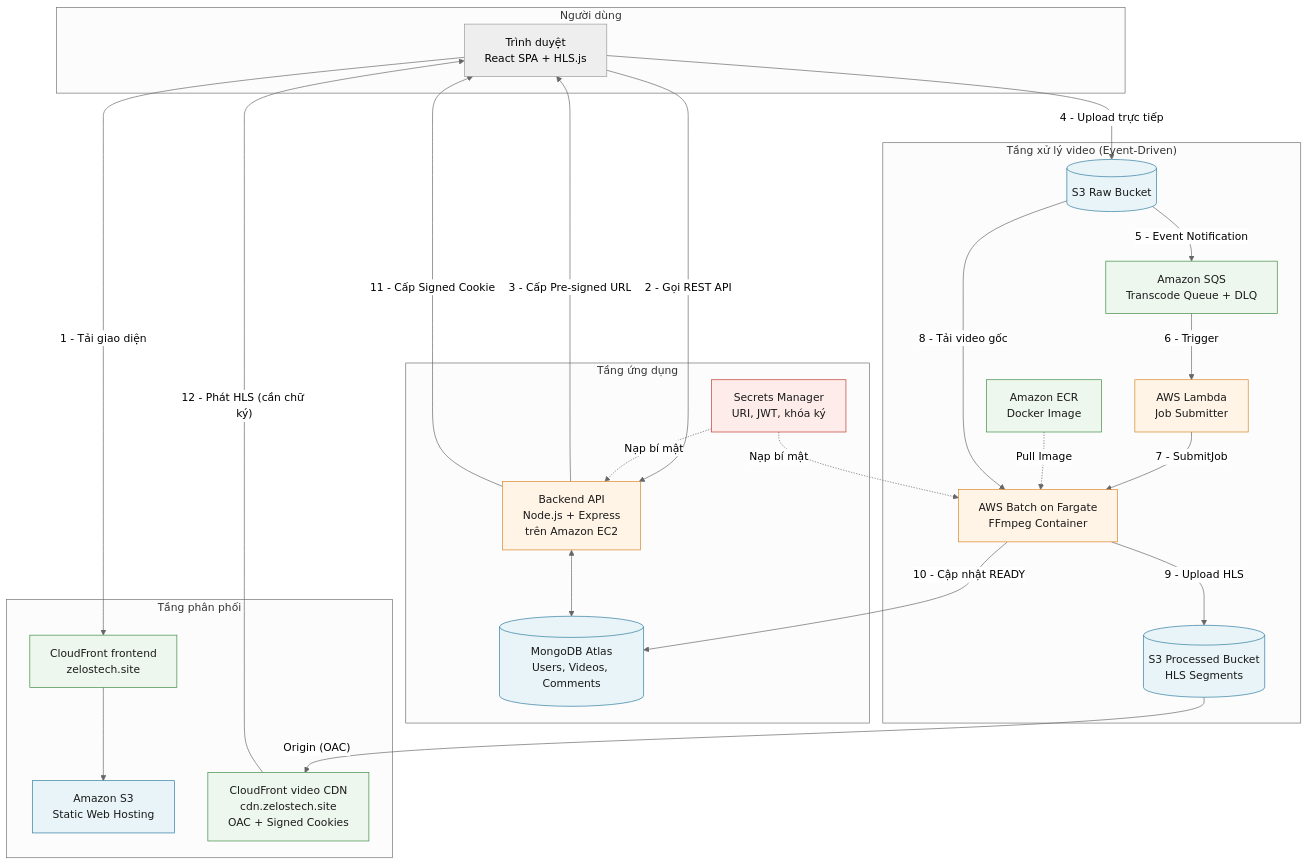
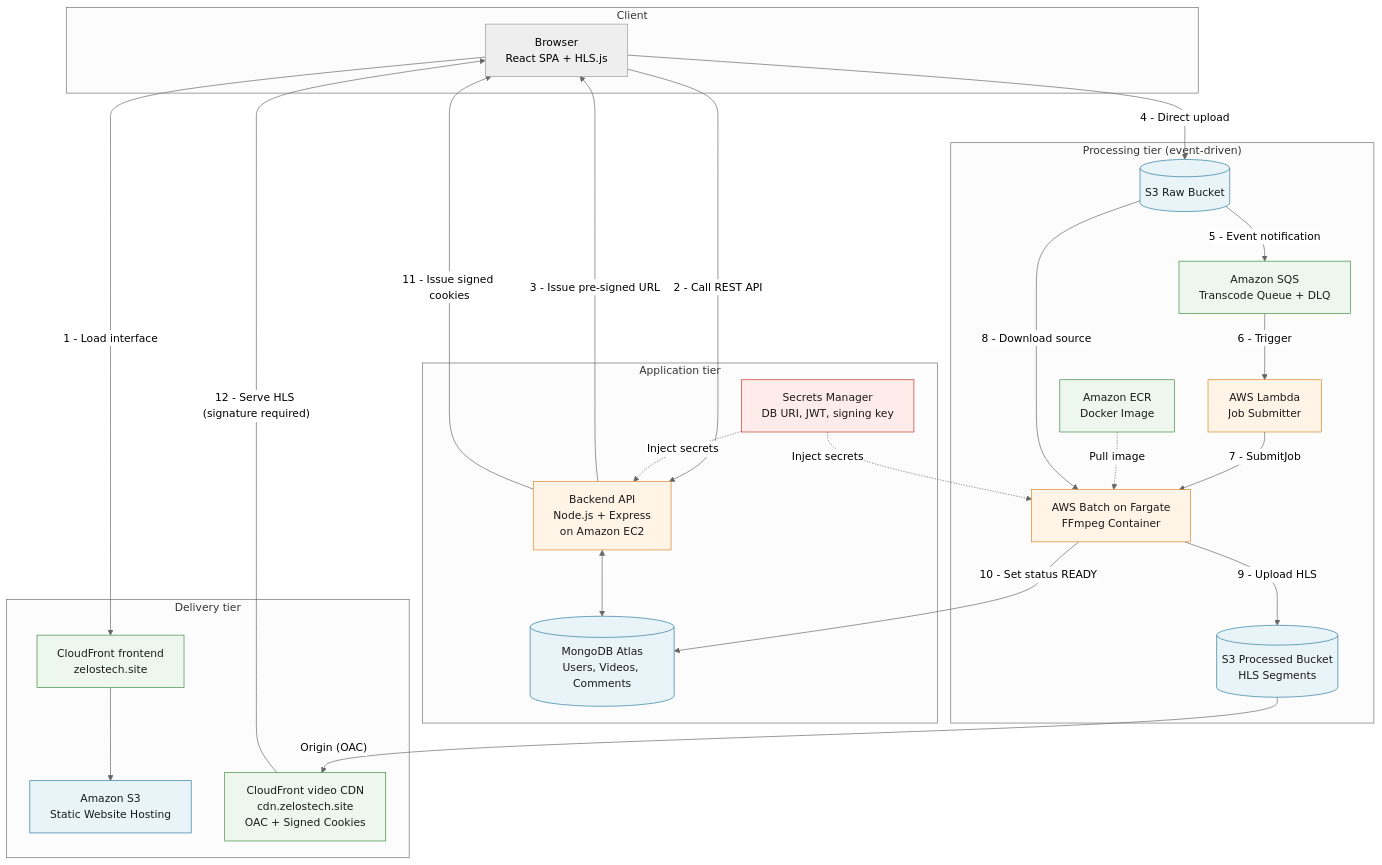
The diagram in docs/diagrams/src/01-architecture-overview.mmd (DinhQuocCuong28664/DACNTT_VideoStreaming), drawn with Mermaid (neutral theme) before and after one commit. The commit also changed 15 other files, not shown here.

First line of the commit message:
docs(report): put the diagram labels in English to match the report

```diff
--- a/docs/diagrams/src/01-architecture-overview.mmd
+++ b/docs/diagrams/src/01-architecture-overview.mmd
@@ -1,53 +1,53 @@
 graph TB
-    subgraph Client["Người dùng"]
-        Browser["Trình duyệt<br/>React SPA + HLS.js"]
+    subgraph Client["Client"]
+        Browser["Browser<br/>React SPA + HLS.js"]
     end
 
-    subgraph Edge["Tầng phân phối"]
+    subgraph Edge["Delivery tier"]
         CFWeb["CloudFront frontend<br/>zelostech.site"]
-        S3Web["Amazon S3<br/>Static Web Hosting"]
+        S3Web["Amazon S3<br/>Static Website Hosting"]
         CFVid["CloudFront video CDN<br/>cdn.zelostech.site<br/>OAC + Signed Cookies"]
     end
 
-    subgraph App["Tầng ứng dụng"]
-        API["Backend API<br/>Node.js + Express<br/>trên Amazon EC2"]
+    subgraph App["Application tier"]
+        API["Backend API<br/>Node.js + Express<br/>on Amazon EC2"]
         DB[("MongoDB Atlas<br/>Users, Videos, Comments")]
-        SM["Secrets Manager<br/>URI, JWT, khóa ký"]
+        SM["Secrets Manager<br/>DB URI, JWT, signing key"]
     end
 
-    subgraph Pipeline["Tầng xử lý video (Event-Driven)"]
+    subgraph Pipeline["Processing tier (event-driven)"]
         S3Raw[("S3 Raw Bucket")]
         SQS["Amazon SQS<br/>Transcode Queue + DLQ"]
         Lambda["AWS Lambda<br/>Job Submitter"]
         Batch["AWS Batch on Fargate<br/>FFmpeg Container"]
         ECR["Amazon ECR<br/>Docker Image"]
         S3Proc[("S3 Processed Bucket<br/>HLS Segments")]
     end
 
-    Browser -->|"1 - Tải giao diện"| CFWeb
+    Browser -->|"1 - Load interface"| CFWeb
     CFWeb --> S3Web
-    Browser -->|"2 - Gọi REST API"| API
+    Browser -->|"2 - Call REST API"| API
     API <--> DB
-    SM -.->|"Nạp bí mật"| API
-    SM -.->|"Nạp bí mật"| Batch
-    API -->|"3 - Cấp Pre-signed URL"| Browser
-    Browser -->|"4 - Upload trực tiếp"| S3Raw
-    S3Raw -->|"5 - Event Notification"| SQS
+    SM -.->|"Inject secrets"| API
+    SM -.->|"Inject secrets"| Batch
+    API -->|"3 - Issue pre-signed URL"| Browser
+    Browser -->|"4 - Direct upload"| S3Raw
+    S3Raw -->|"5 - Event notification"| SQS
     SQS -->|"6 - Trigger"| Lambda
     Lambda -->|"7 - SubmitJob"| Batch
-    ECR -.->|"Pull Image"| Batch
-    S3Raw -->|"8 - Tải video gốc"| Batch
+    ECR -.->|"Pull image"| Batch
+    S3Raw -->|"8 - Download source"| Batch
     Batch -->|"9 - Upload HLS"| S3Proc
-    Batch -->|"10 - Cập nhật READY"| DB
+    Batch -->|"10 - Set status READY"| DB
     S3Proc -->|"Origin (OAC)"| CFVid
-    API -->|"11 - Cấp Signed Cookie"| Browser
-    CFVid -->|"12 - Phát HLS (cần chữ ký)"| Browser
+    API -->|"11 - Issue signed cookies"| Browser
+    CFVid -->|"12 - Serve HLS (signature required)"| Browser
 
     classDef storage fill:#e8f4f8,stroke:#2c7a9e,color:#1a1a1a
     classDef compute fill:#fff4e6,stroke:#d98324,color:#1a1a1a
     classDef network fill:#eef7ee,stroke:#3d8b40,color:#1a1a1a
     classDef secret fill:#fdecea,stroke:#c0392b,color:#1a1a1a
     class S3Raw,S3Proc,S3Web,DB storage
     class Batch,Lambda,API compute
     class CFWeb,CFVid,SQS,ECR network
     class SM secret
```
